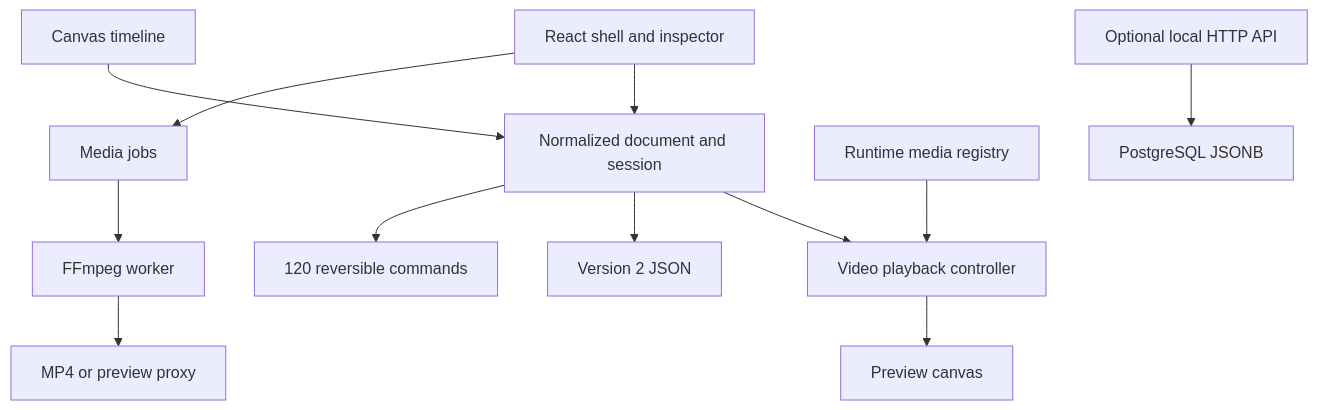
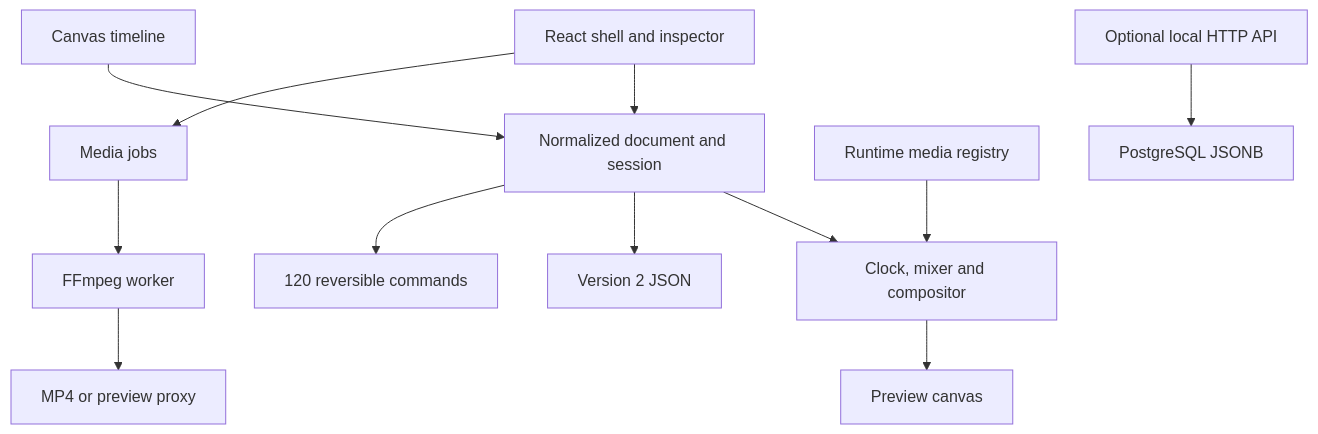
One commit to farhanbin65/TrimCut changed the diagram in README.md. Above: the diagram before and after it, drawn with Mermaid. The commit also changed other lines of this file and 6 other files, not shown here.

Commit message:
feat: add Phase 3 playback engine, audio mixing and timeline previews

````diff
--- a/README.md
+++ b/README.md
@@ -52,14 +52,14 @@
 ```mermaid
 flowchart TD
   UI["React shell and inspector"] --> S["Normalized document and session"]
   T["Canvas timeline"] --> S
-  S --> P["Video playback controller"]
+  S --> P["Clock, mixer and compositor"]
   P --> C["Preview canvas"]
   UI --> J["Media jobs"]
   J --> W["FFmpeg worker"]
   W --> O["MP4 or preview proxy"]
   S --> D["Version 2 JSON"]
   S --> H["120 reversible commands"]
   R["Runtime media registry"] --> P
   API["Optional local HTTP API"] --> DB["PostgreSQL JSONB"]
 ```
````
